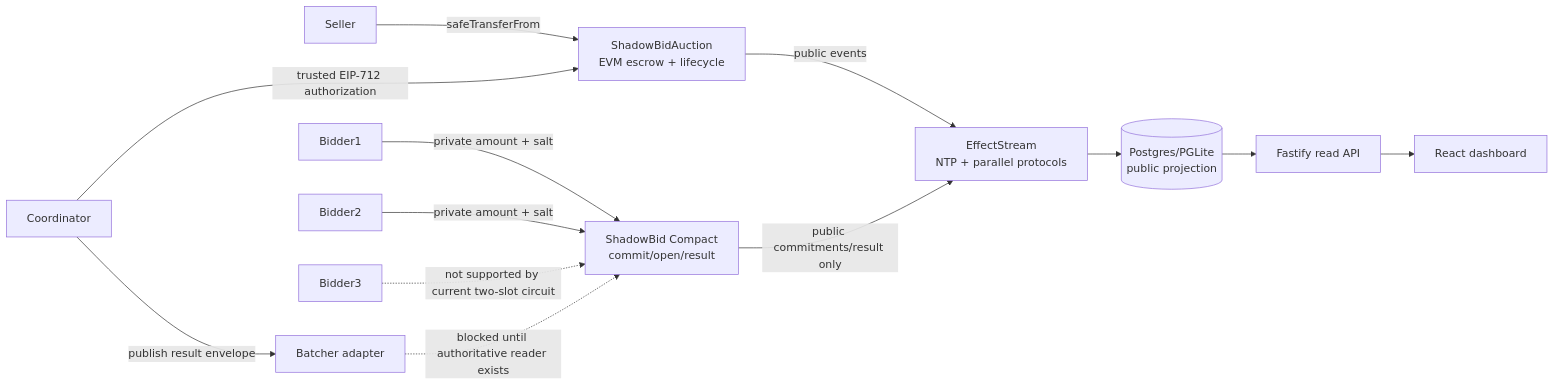
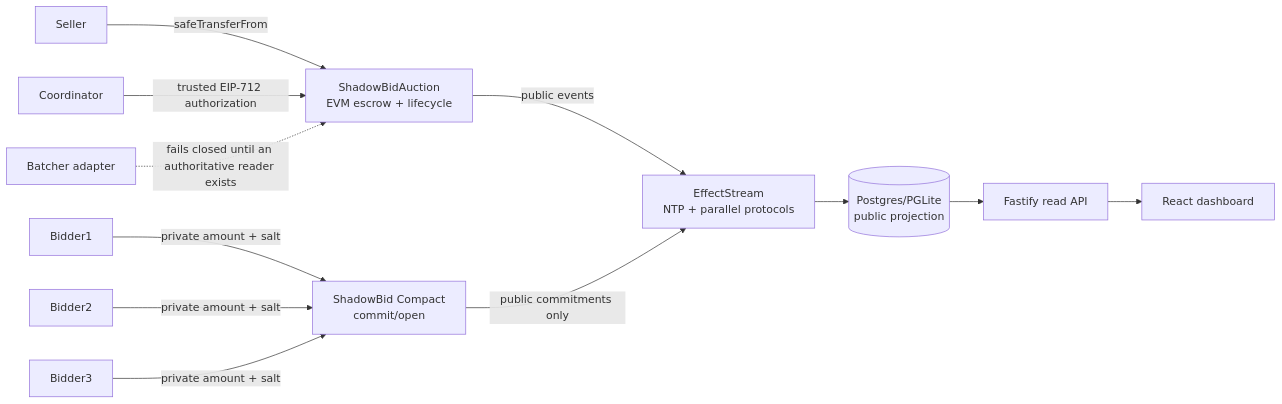
The first of 2 diagrams in templates/evm-midnight-v2/README.md (shivangraval50/shadowbid), drawn with Mermaid before and after one commit. The commit also changed other lines of this file and 4 other files, not shown here.

````diff
--- a/templates/evm-midnight-v2/README.md
+++ b/templates/evm-midnight-v2/README.md
@@ -21,15 +21,14 @@
 ```mermaid
 flowchart LR
   Seller -->|safeTransferFrom| EVM[ShadowBidAuction\nEVM escrow + lifecycle]
-  Bidder1 -->|private amount + salt| M[ShadowBid Compact\ncommit/open/result]
+  Bidder1 -->|private amount + salt| M[ShadowBid Compact\ncommit/open]
   Bidder2 -->|private amount + salt| M
-  Bidder3 -.->|not supported by current two-slot circuit| M
+  Bidder3 -->|private amount + salt| M
   EVM -->|public events| ES[EffectStream\nNTP + parallel protocols]
-  M -->|public commitments/result only| ES
+  M -->|public commitments only| ES
   ES --> DB[(Postgres/PGLite\npublic projection)]
   DB --> API[Fastify read API]
   API --> UI[React dashboard]
   Coordinator -->|trusted EIP-712 authorization| EVM
-  Coordinator -->|publish result envelope| B[Batcher adapter]
-  B -.->|blocked until authoritative reader exists| M
+  B[Batcher adapter] -.->|fails closed until an authoritative reader exists| EVM
 ```
````
